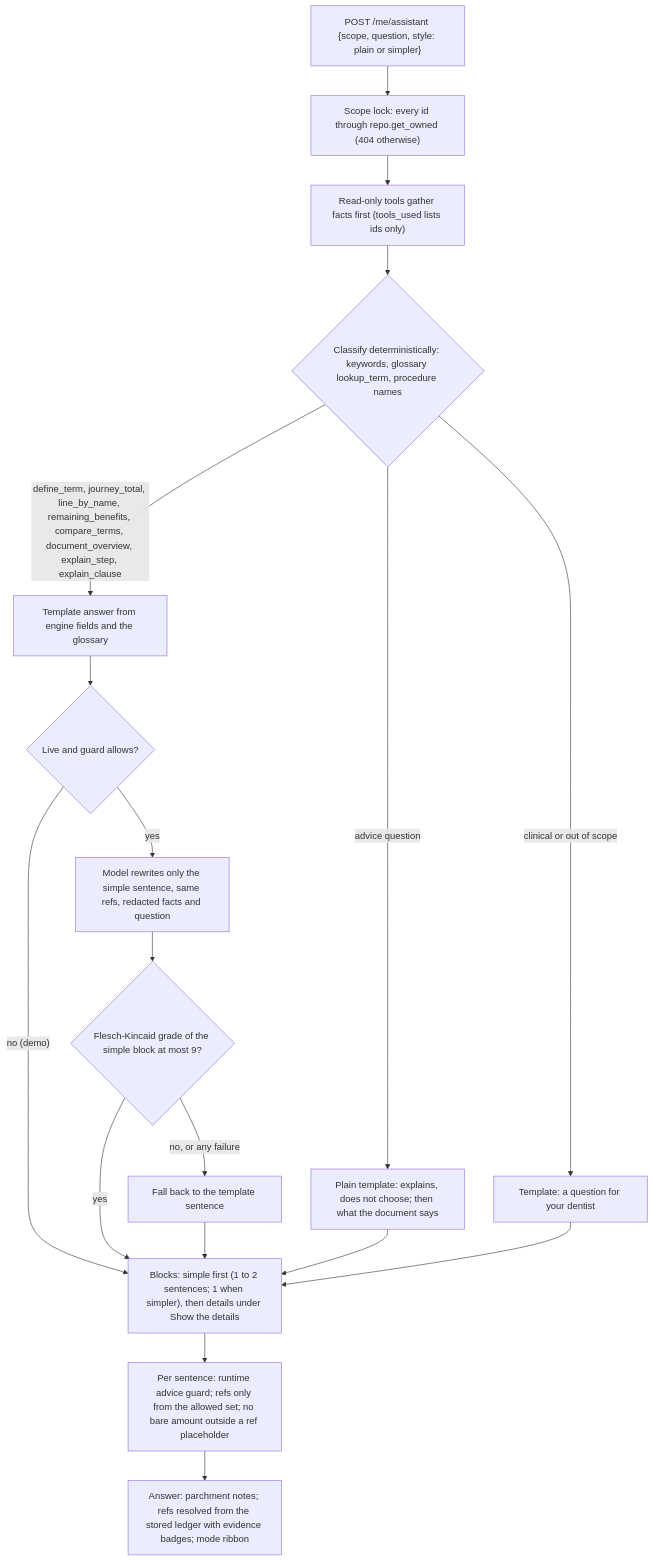
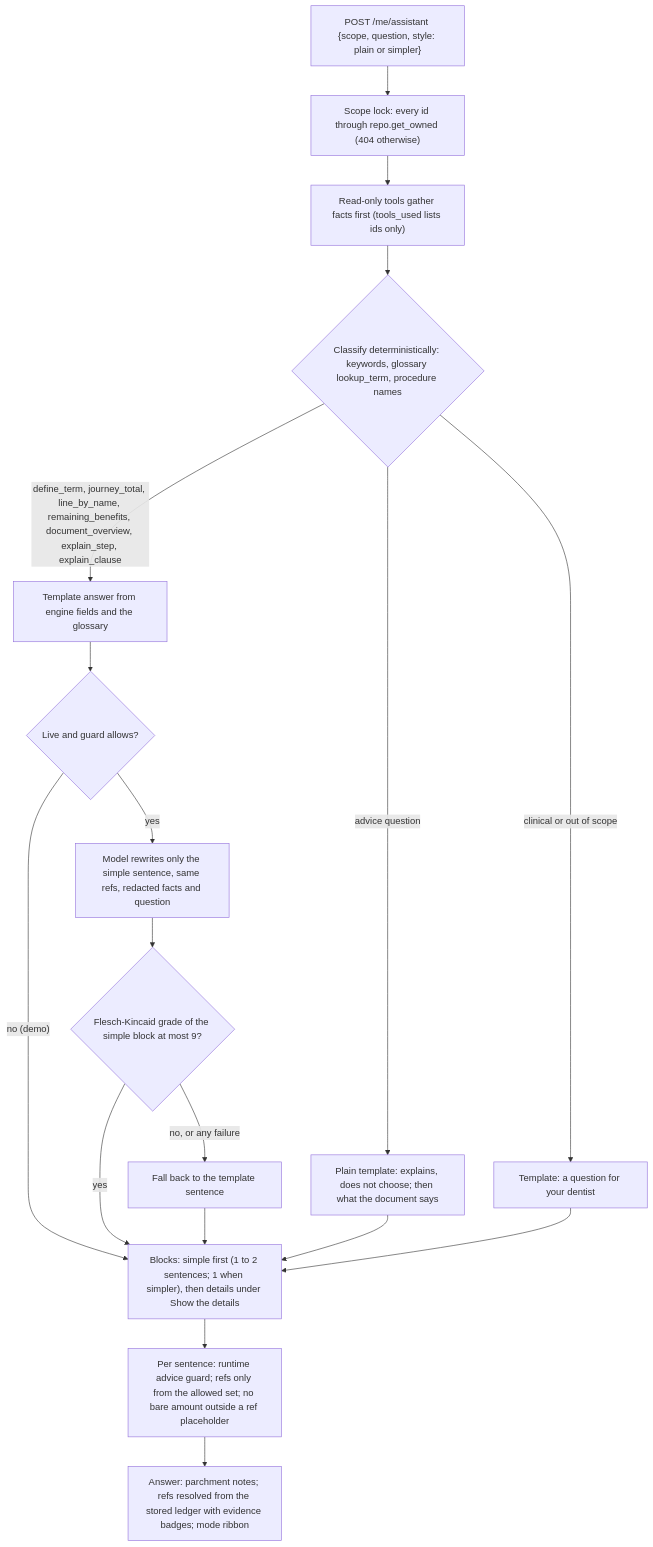
The seventh of 9 diagrams in docs/ARCHITECTURE.md (ashrit725-beep/oralcompass), drawn with Mermaid before and after one commit. The commit also changed other lines of this file and 54 other files, not shown here.

Commit message:
Remove the comparing feature: Compare tab, CompareView, ComparisonGrid, /comparisons, compare_terms, engine comparison, Compare steps in tools and docs

````diff
--- a/docs/ARCHITECTURE.md
+++ b/docs/ARCHITECTURE.md
@@ -191,19 +191,19 @@
 ```mermaid
 flowchart TB
   Q["POST /me/assistant {scope, question, style: plain or simpler}"] --> L["Scope lock: every id through repo.get_owned (404 otherwise)"]
   L --> T["Read-only tools gather facts first (tools_used lists ids only)"]
   T --> C{"Classify deterministically: keywords, glossary lookup_term, procedure names"}
   C -- "advice question" --> AT["Plain template: explains, does not choose; then what the document says"]
   C -- "clinical or out of scope" --> CT["Template: a question for your dentist"]
-  C -- "define_term, journey_total, line_by_name, remaining_benefits, compare_terms, document_overview, explain_step, explain_clause" --> TP["Template answer from engine fields and the glossary"]
+  C -- "define_term, journey_total, line_by_name, remaining_benefits, document_overview, explain_step, explain_clause" --> TP["Template answer from engine fields and the glossary"]
   TP --> Mode{"Live and guard allows?"}
   Mode -- "no (demo)" --> B
   Mode -- "yes" --> LV["Model rewrites only the simple sentence, same refs, redacted facts and question"]
   LV --> RD{"Flesch-Kincaid grade of the simple block at most 9?"}
   RD -- "no, or any failure" --> TP2["Fall back to the template sentence"]
   RD -- "yes" --> B
   TP2 --> B
   AT & CT --> B["Blocks: simple first (1 to 2 sentences; 1 when simpler), then details under Show the details"]
   B --> G["Per sentence: runtime advice guard; refs only from the allowed set; no bare amount outside a ref placeholder"]
   G --> A["Answer: parchment notes; refs resolved from the stored ledger with evidence badges; mode ribbon"]
 ```
````
